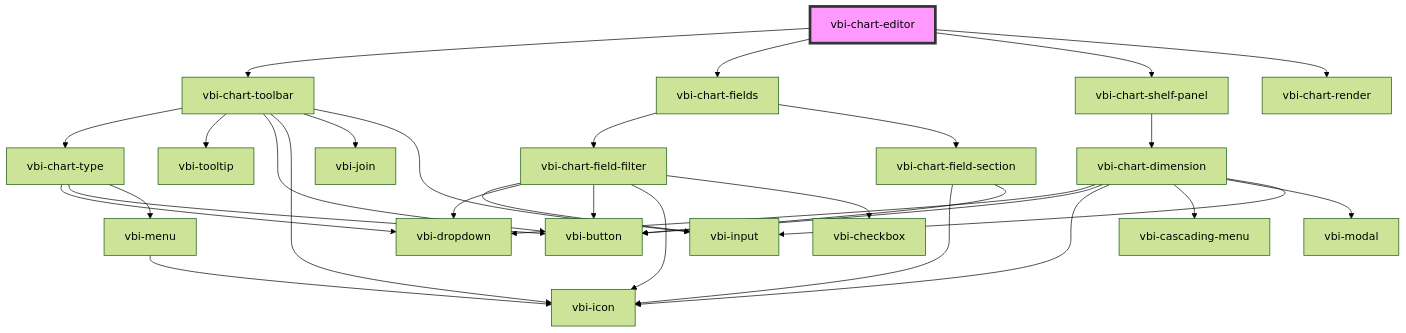
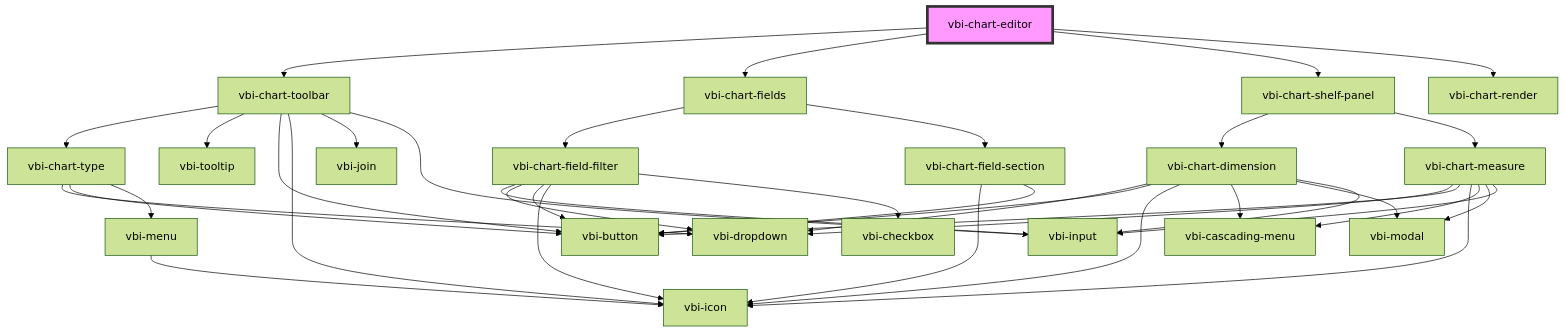
Before and after one commit to Ditto190/VBI-modme: the diagram in packages/vbi-component/src/components/chart/vbi-chart-editor/readme.md, drawn with Mermaid (forest theme). The commit also changed 17 other files, not shown here.

Commit message:
feat(chart): add vbi-chart-measure to chart shelf panel

````diff
--- a/packages/vbi-component/src/components/chart/vbi-chart-editor/readme.md
+++ b/packages/vbi-component/src/components/chart/vbi-chart-editor/readme.md
@@ -18,34 +18,41 @@
 ```mermaid
 graph TD;
   vbi-chart-editor --> vbi-chart-toolbar
   vbi-chart-editor --> vbi-chart-fields
   vbi-chart-editor --> vbi-chart-shelf-panel
   vbi-chart-editor --> vbi-chart-render
   vbi-chart-toolbar --> vbi-chart-type
   vbi-chart-toolbar --> vbi-tooltip
   vbi-chart-toolbar --> vbi-button
   vbi-chart-toolbar --> vbi-icon
   vbi-chart-toolbar --> vbi-join
   vbi-chart-toolbar --> vbi-input
   vbi-chart-type --> vbi-dropdown
   vbi-chart-type --> vbi-button
   vbi-chart-type --> vbi-menu
   vbi-menu --> vbi-icon
   vbi-chart-fields --> vbi-chart-field-filter
   vbi-chart-fields --> vbi-chart-field-section
   vbi-chart-field-filter --> vbi-input
   vbi-chart-field-filter --> vbi-dropdown
   vbi-chart-field-filter --> vbi-button
   vbi-chart-field-filter --> vbi-icon
   vbi-chart-field-filter --> vbi-checkbox
   vbi-chart-field-section --> vbi-icon
   vbi-chart-field-section --> vbi-button
   vbi-chart-shelf-panel --> vbi-chart-dimension
+  vbi-chart-shelf-panel --> vbi-chart-measure
   vbi-chart-dimension --> vbi-dropdown
   vbi-chart-dimension --> vbi-button
   vbi-chart-dimension --> vbi-icon
   vbi-chart-dimension --> vbi-cascading-menu
   vbi-chart-dimension --> vbi-modal
   vbi-chart-dimension --> vbi-input
+  vbi-chart-measure --> vbi-dropdown
+  vbi-chart-measure --> vbi-button
+  vbi-chart-measure --> vbi-icon
+  vbi-chart-measure --> vbi-cascading-menu
+  vbi-chart-measure --> vbi-modal
+  vbi-chart-measure --> vbi-input
   style vbi-chart-editor fill:#f9f,stroke:#333,stroke-width:4px
 ```
````
